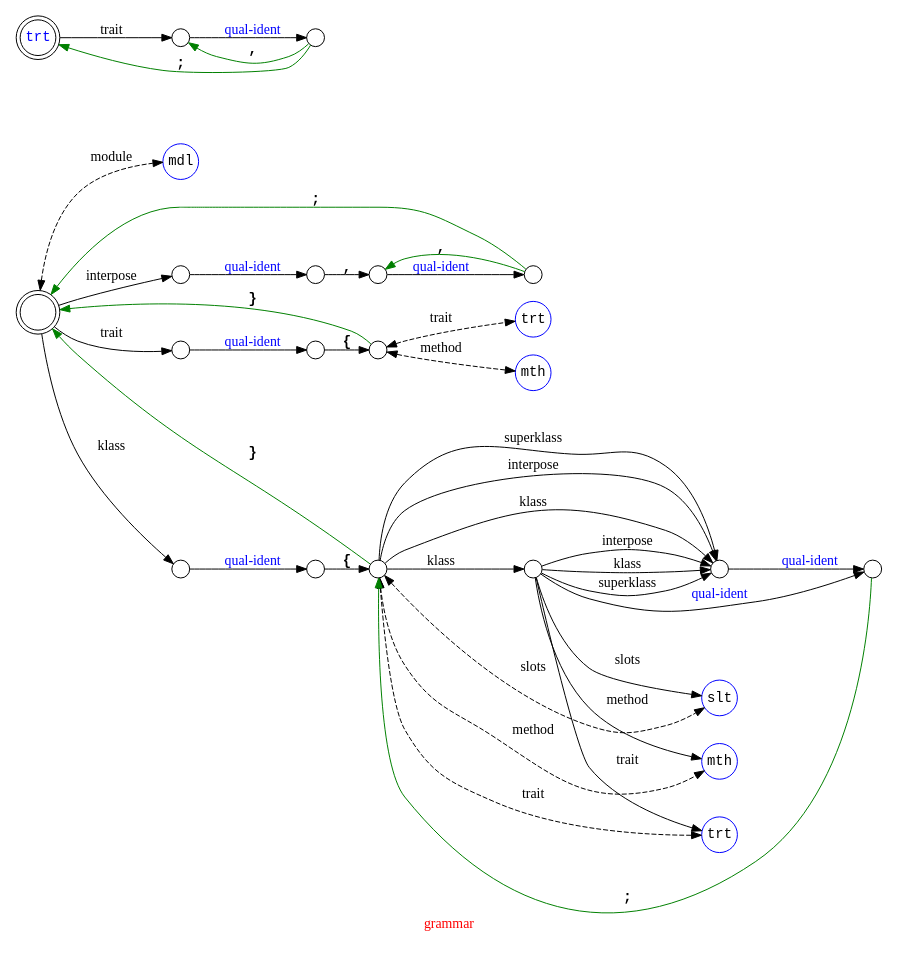
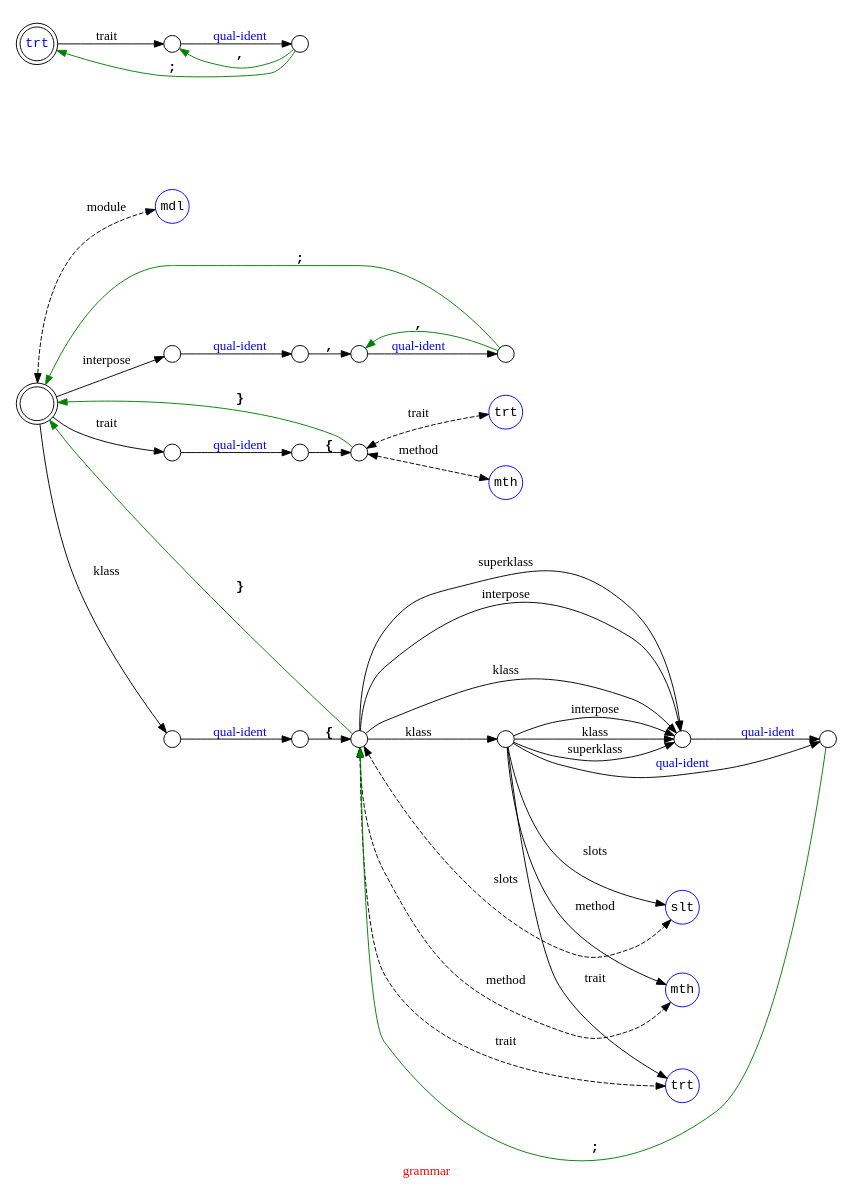
Before and after one commit to Ayyzee/dakota: the diagram in doc/grammar.dot, drawn with Graphviz.

Commit message:
Minor updates

```diff
--- a/doc/grammar.dot
+++ b/doc/grammar.dot
@@ -1,71 +1,70 @@
 // Copyright (C) 2007, 2008, 2009 Robert Nielsen <robert@dakota.org>
 //
 // Licensed under the Apache License, Version 2.0 (the "License");
 // you may not use this file except in compliance with the License.
 // You may obtain a copy of the License at
 //
 //      http://www.apache.org/licenses/LICENSE-2.0
 //
 // Unless required by applicable law or agreed to in writing, software
 // distributed under the License is distributed on an "AS IS" BASIS,
 // WITHOUT WARRANTIES OR CONDITIONS OF ANY KIND, either express or implied.
 // See the License for the specific language governing permissions and
 // limitations under the License.
 
 digraph "grammar" {
   graph [ label = "\G", fontcolor = red ];
-  graph [ rankdir = LR, center = true ];
+  graph [ rankdir = LR, center = true, ratio = fill ];
   node [ shape = circle, fontname = "Courier" ];
 
   // comment out the follow lines when editing
   graph [ page = "8.5,11", size = "7.5,10", margin = 0.125 ];
   node [ label = "", width = 0.25 ];
   100 [ color = blue, fixedsize = true, width = 0.5, label = "mdl" ];
   125 [ color = blue, fixedsize = true, width = 0.5, label = "trt" ];
   126 [ color = blue, fixedsize = true, width = 0.5, label = "mth" ];
   178 [ color = blue, fixedsize = true, width = 0.5, label = "slt" ];
   174 [ color = blue, fixedsize = true, width = 0.5, label = "mth" ];
   270 [ color = blue, fixedsize = true, width = 0.5, label = "trt" ];
   324 [ shape = doublecircle, fontcolor = blue, fixedsize = true, width = 0.5, label = "trt" ];
   000 [ shape = doublecircle, fontcolor = blue, fixedsize = true, width = 0.5 ];
 
   324 -> 325 [ label = "trait", weight = 8 ];
   325 -> 327 [ label = "qual-ident", fontcolor = blue, weight = 8 ];
   327 -> 325 [ label = ",", fontname = "Courier-Bold", color = green ];
   327 -> 324 [ label = ";", fontname = "Courier-Bold", color = green ];
 
   000 -> 100 [ label = "module", dir = both, style = dashed ];
   000 -> 133 [ label = "interpose" ];
   000 -> 150 [ label = "klass" ];
   000 -> 120 [ label = "trait" ];
   120 -> 122 [ label = "qual-ident", fontcolor = blue, weight = 8 ];
   122 -> 124 [ label = "{", fontname = "Courier-Bold", weight = 8 ];
   124 -> 126 [ label = "method", dir = both, style = dashed, weight = 8 ];
   124 -> 125 [ label = "trait", dir = both, style = dashed, weight = 8 ];
   124 -> 000 [ label = "}", fontname = "Courier-Bold", color = green ];
-
   133 -> 137 [ label = "qual-ident", fontcolor = blue, weight = 8 ];
   137 -> 138 [ label = ",", fontname = "Courier-Bold", weight = 8 ];
   138 -> 140 [ label = "qual-ident", fontcolor = blue, weight = 8 ];
   140 -> 000 [ label = ";", fontname = "Courier-Bold", color = green ];
   140 -> 138 [ label = ",", fontname = "Courier-Bold", color = green ];
   150 -> 155 [ label = "qual-ident", fontcolor = blue, weight = 8 ];
   155 -> 160 [ label = "{", fontname = "Courier-Bold", weight = 8 ];
   160 -> 000 [ label = "}", fontname = "Courier-Bold", color = green ];
   160 -> 178 [ label = "slots", dir = both, style = dashed ];
   160 -> 174 [ label = "method", dir = both, style = dashed ];
   160 -> 170 [ label = "interpose" ];
   160 -> 170 [ label = "klass" ];
   160 -> 170 [ label = "superklass" ];
   160 -> 165 [ label = "klass", weight = 8 ];
   160 -> 270 [ label = "trait", dir = both, style = dashed ];
   170 -> 180 [ label = "qual-ident", fontcolor = blue, weight = 8 ];
   165 -> 178 [ label = "slots" ];
   165 -> 174 [ label = "method" ];
   165 -> 170 [ label = "interpose", weight = 8 ];
   165 -> 170 [ label = "klass", weight = 8 ];
   165 -> 170 [ label = "superklass", weight = 8 ];
   165 -> 180 [ label = "qual-ident", fontcolor = blue ];
   165 -> 270 [ label = "trait" ];
   180 -> 160 [ label = ";", fontname = "Courier-Bold", color = green ];
 }
```
